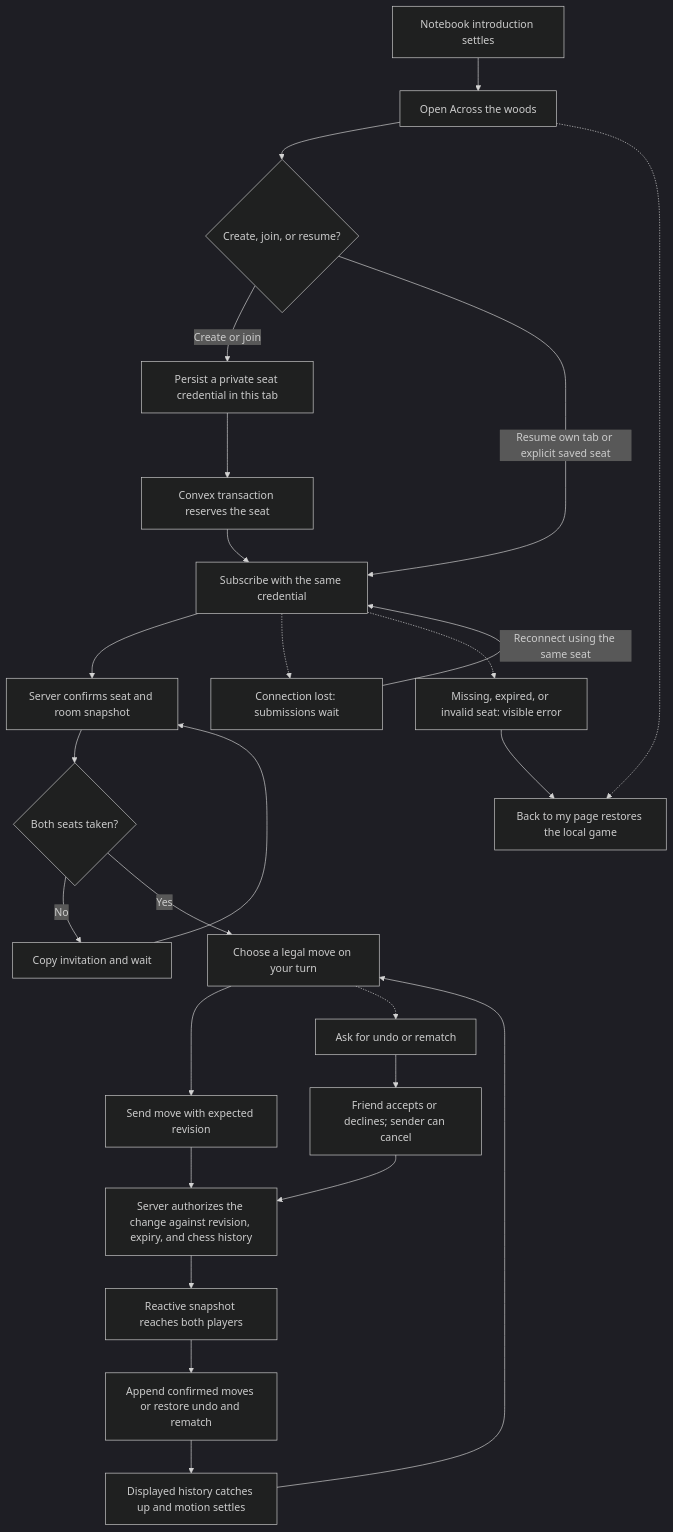
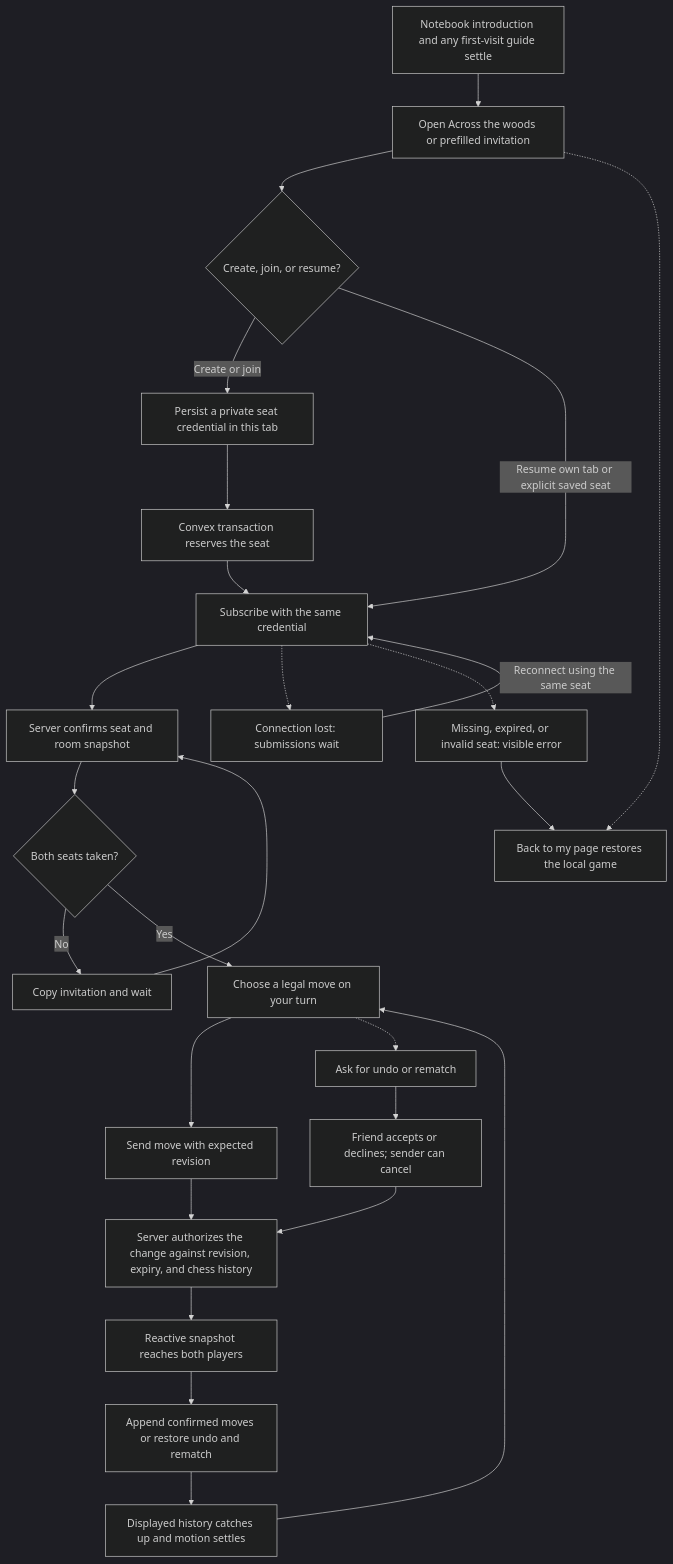
Before and after one commit to Davidson3556/Paperwild: the second of 4 diagrams in README.md, drawn with Mermaid (dark theme). The commit also changed other lines of this file and 11 other files, not shown here.

Commit message:
Guide first-time players and require an opponent choice

````diff
--- a/README.md
+++ b/README.md
@@ -160,28 +175,28 @@
 ```mermaid
 flowchart TD
-    entry["Notebook introduction settles"] --> postcard["Open Across the woods"]
+    entry["Notebook introduction and any first-visit guide settle"] --> postcard["Open Across the woods or prefilled invitation"]
     postcard --> choose{"Create, join, or resume?"}
     choose -->|"Create or join"| credential["Persist a private seat credential in this tab"]
     credential --> reserve["Convex transaction reserves the seat"]
     choose -->|"Resume own tab or explicit saved seat"| subscribe["Subscribe with the same credential"]
     reserve --> subscribe
     subscribe --> confirmed["Server confirms seat and room snapshot"]
     confirmed --> ready{"Both seats taken?"}
     ready -->|"No"| invite["Copy invitation and wait"]
     invite --> confirmed
     ready -->|"Yes"| play["Choose a legal move on your turn"]
     play --> submit["Send move with expected revision"]
     submit --> server["Server authorizes the change against revision, expiry, and chess history"]
     server --> snapshot["Reactive snapshot reaches both players"]
     snapshot --> present["Append confirmed moves or restore undo and rematch"]
     present --> settled["Displayed history catches up and motion settles"]
     settled --> play
     play -.-> consent["Ask for undo or rematch"]
     consent --> answer["Friend accepts or declines; sender can cancel"]
     answer --> server
     subscribe -.-> lost["Connection lost: submissions wait"]
     lost -->|"Reconnect using the same seat"| subscribe
     postcard -.-> leave["Back to my page restores the local game"]
     subscribe -.-> failure["Missing, expired, or invalid seat: visible error"]
     failure --> leave
 ```
````
